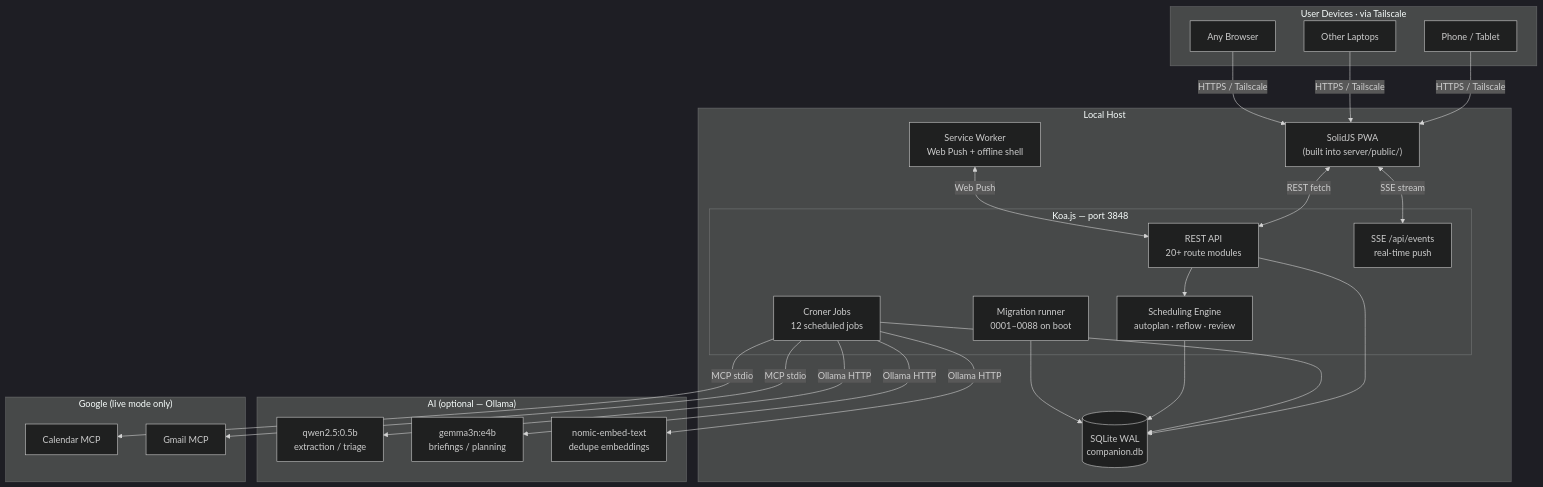
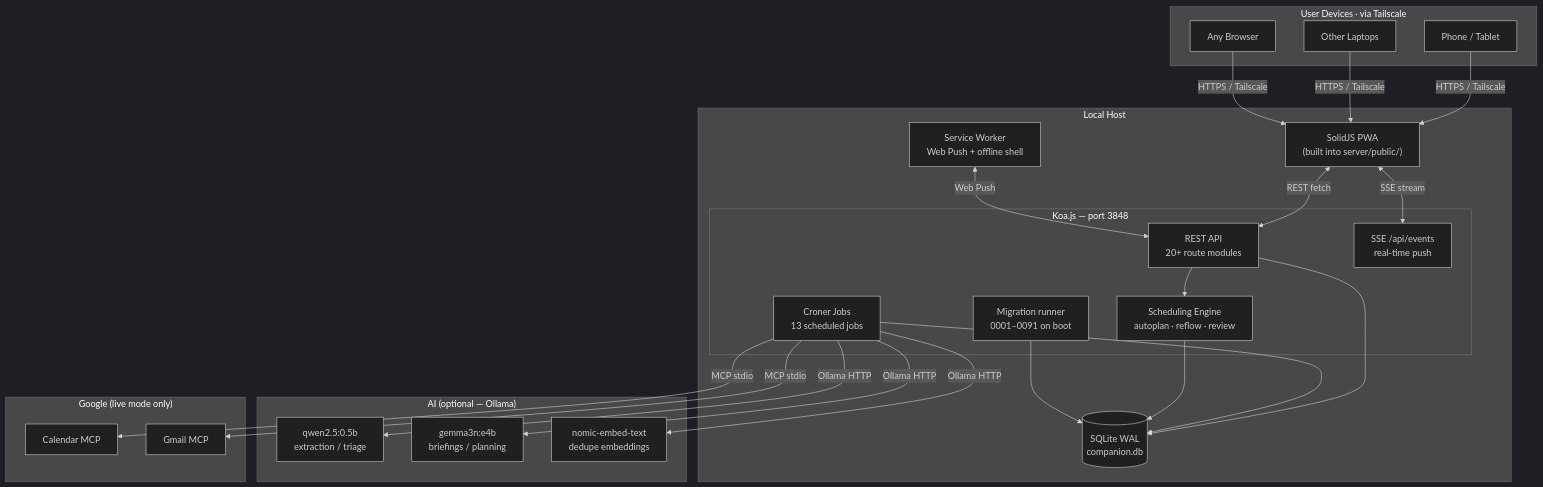
One commit to companionintelligence/CI-Planning changed the first of 6 diagrams in ARCHITECTURE.md. Above: the diagram before and after it, drawn with Mermaid (dark theme). The commit also changed other lines of this file and 2 other files, not shown here.

First line of the commit message:
docs: sync README/ARCHITECTURE/GLOSSARY through Phase O (O1-O3) and Phase P

````diff
--- a/ARCHITECTURE.md
+++ b/ARCHITECTURE.md
@@ -38,49 +38,49 @@
 ```mermaid
 graph TB
     subgraph Devices["User Devices · via Tailscale"]
         Phone["Phone / Tablet"]
         Laptop["Other Laptops"]
         Browser["Any Browser"]
     end
 
     subgraph Host["Local Host"]
         subgraph Koa["Koa.js — port 3848"]
             API["REST API<br/>20+ route modules"]
             SSE["SSE /api/events<br/>real-time push"]
             Engine["Scheduling Engine<br/>autoplan · reflow · review"]
-            Cron["Croner Jobs<br/>12 scheduled jobs"]
-            Migrate["Migration runner<br/>0001–0088 on boot"]
+            Cron["Croner Jobs<br/>13 scheduled jobs"]
+            Migrate["Migration runner<br/>0001–0091 on boot"]
         end
         FE["SolidJS PWA<br/>(built into server/public/)"]
         SW["Service Worker<br/>Web Push + offline shell"]
         DB[("SQLite WAL<br/>companion.db")]
     end
 
     subgraph AI["AI (optional — Ollama)"]
         Small["qwen2.5:0.5b<br/>extraction / triage"]
         Medium["gemma3n:e4b<br/>briefings / planning"]
         Embed["nomic-embed-text<br/>dedupe embeddings"]
     end
 
     subgraph Google["Google (live mode only)"]
         GCal["Calendar MCP"]
         Gmail["Gmail MCP"]
     end
 
     Phone -->|HTTPS / Tailscale| FE
     Laptop -->|HTTPS / Tailscale| FE
     Browser -->|HTTPS / Tailscale| FE
     FE <-->|REST fetch| API
     FE <-->|SSE stream| SSE
     SW <-->|Web Push| API
     API --> Engine
     API --> DB
     Cron --> DB
     Cron -->|Ollama HTTP| Small
     Cron -->|Ollama HTTP| Medium
     Cron -->|Ollama HTTP| Embed
     Cron -->|MCP stdio| GCal
     Cron -->|MCP stdio| Gmail
     Engine --> DB
     Migrate --> DB
 ```
````
